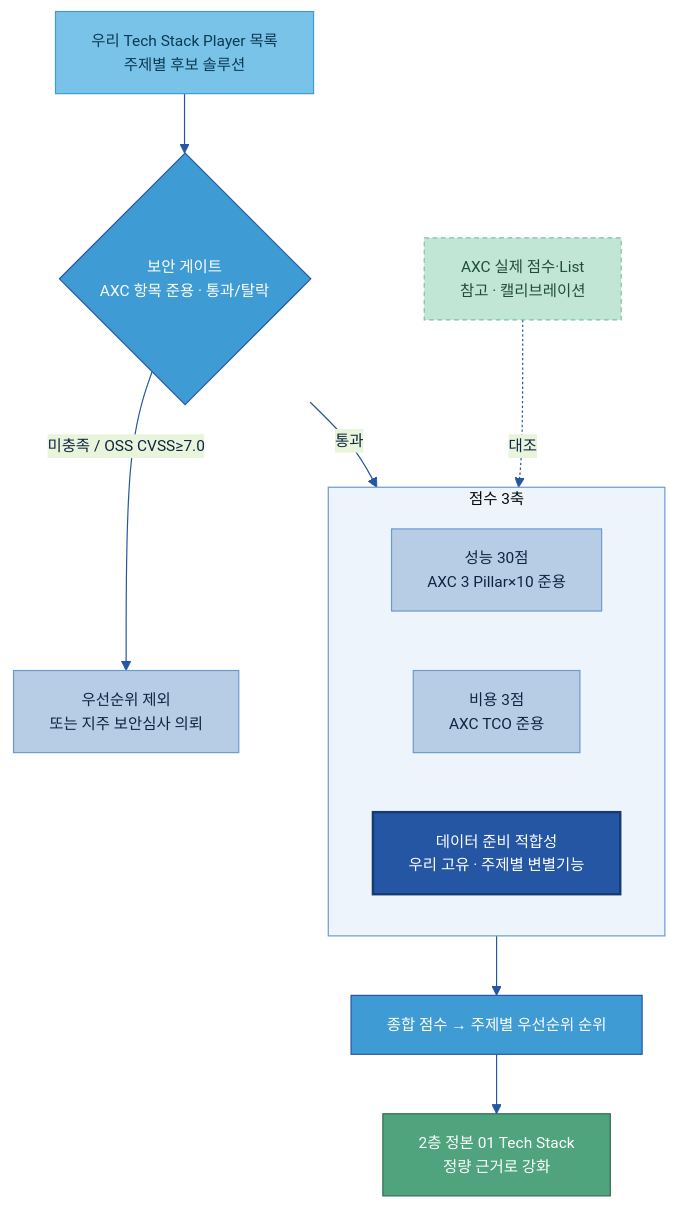
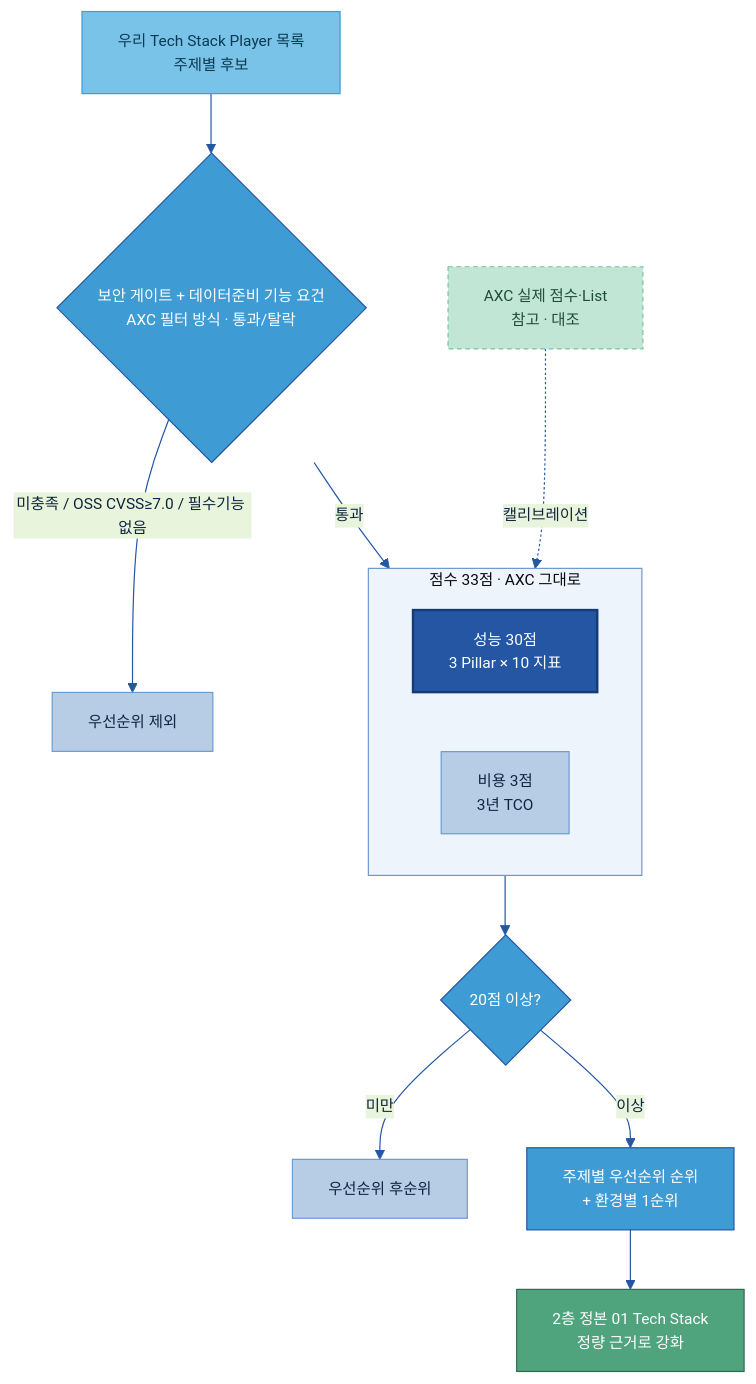
One commit to jin-kearney/ai-ready-data-manual changed the diagram in Tech Player/Tech 솔루션 평가 기획안 (AXC 방법론 준용).md. Above: the diagram before and after it, drawn with Mermaid. The commit also changed other lines of this file, not shown here.

First line of the commit message:
docs(techplayer): 평가 기획안 v0.3 — AXC 최대한 동일, 필요한 것만 수정

````diff
--- a/Tech Player/Tech 솔루션 평가 기획안 (AXC 방법론 준용).md
+++ b/Tech Player/Tech 솔루션 평가 기획안 (AXC 방법론 준용).md
@@ -79,26 +57,27 @@
 ```mermaid
 %%{init: {'theme':'base','themeVariables':{'primaryColor':'#DCE8F5','primaryBorderColor':'#2456A4','primaryTextColor':'#10243f','lineColor':'#2456A4','clusterBkg':'#EEF4FB','clusterBorder':'#6B9AD1','fontSize':'13px'}}}%%
 flowchart TB
-    POOL[우리 Tech Stack Player 목록<br/>주제별 후보 솔루션]:::src --> GATE{보안 게이트<br/>AXC 항목 준용 · 통과/탈락}:::gate
-    GATE -->|미충족 / OSS CVSS≥7.0| OUT[우선순위 제외<br/>또는 지주 보안심사 의뢰]:::n
+    POOL[우리 Tech Stack Player 목록<br/>주제별 후보]:::src --> GATE{보안 게이트 + 데이터준비 기능 요건<br/>AXC 필터 방식 · 통과/탈락}:::gate
+    GATE -->|미충족 / OSS CVSS≥7.0 / 필수기능 없음| OUT[우선순위 제외]:::n
     GATE -->|통과| SCORE
 
-    subgraph SCORE[점수 3축]
+    subgraph SCORE[점수 33점 · AXC 그대로]
         direction LR
-        S1[성능 30점<br/>AXC 3 Pillar×10 준용]:::n
-        S2[비용 3점<br/>AXC TCO 준용]:::n
-        S3[데이터 준비 적합성<br/>우리 고유 · 주제별 변별기능]:::cat
+        S1[성능 30점<br/>3 Pillar × 10 지표]:::cat
+        S2[비용 3점<br/>3년 TCO]:::n
     end
 
-    SCORE --> RANK[종합 점수 → 주제별 우선순위 순위]:::gate
+    SCORE --> CUT{20점 이상?}:::gate
+    CUT -->|미만| LOW[우선순위 후순위]:::n
+    CUT -->|이상| RANK[주제별 우선순위 순위<br/>+ 환경별 1순위]:::gate
     RANK --> CANON[2층 정본 01 Tech Stack<br/>정량 근거로 강화]:::loop
 
-    AXC[AXC 실제 점수·List<br/>참고 · 캘리브레이션]:::cross -.대조.-> SCORE
+    AXC[AXC 실제 점수·List<br/>참고 · 대조]:::cross -.캘리브레이션.-> SCORE
 
     classDef n fill:#B7CDE6,stroke:#6B9AD1,color:#10243f;
     classDef src fill:#79C3E8,stroke:#3F9BD4,color:#0b3a52;
     classDef cat fill:#2456A4,color:#fff,stroke:#163a73,stroke-width:2px;
     classDef gate fill:#3F9BD4,stroke:#2456A4,color:#fff;
     classDef loop fill:#4FA47D,stroke:#2f6b50,color:#fff;
     classDef cross fill:#C2E6D6,stroke:#7CC2A7,color:#1f4d3a,stroke-dasharray:4 3;
 ```
````
